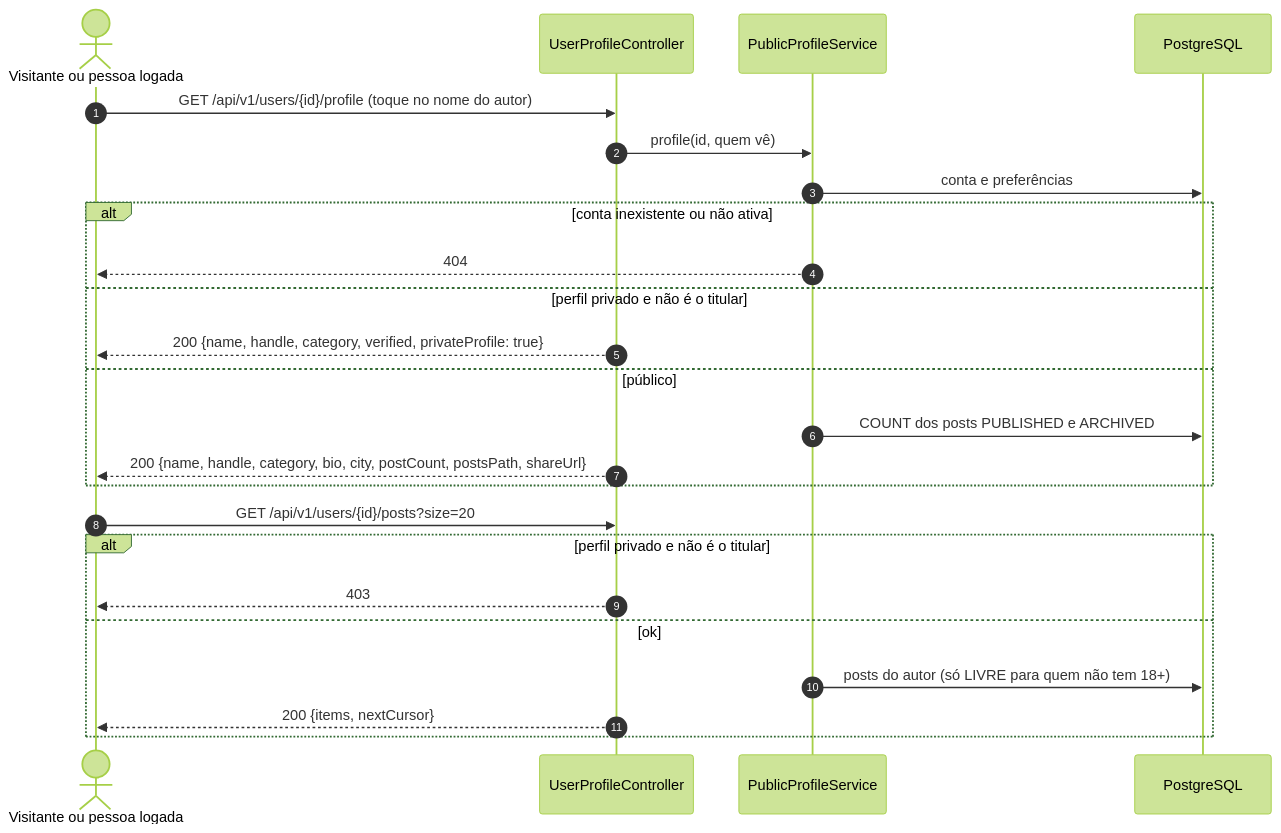
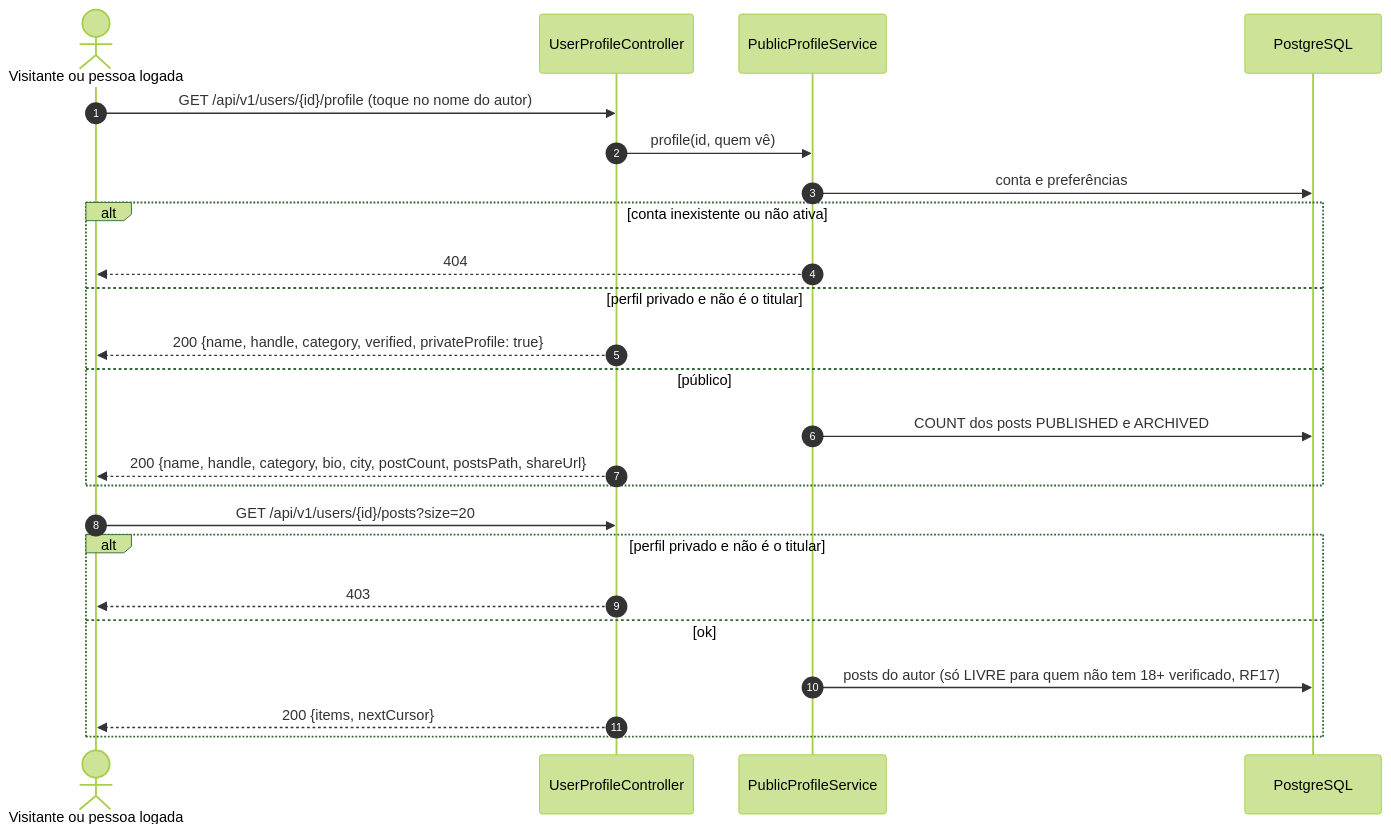
One commit to MatheusHaliski/Friendly-Eats changed the first of 2 diagrams in docs/RF15/sequencia.md. Above: the diagram before and after it, drawn with Mermaid (forest theme). The commit also changed 71 other files, not shown here.

````diff
--- a/docs/RF15/sequencia.md
+++ b/docs/RF15/sequencia.md
@@ -5,27 +5,27 @@
 ```mermaid
 sequenceDiagram
     autonumber
     actor V as Visitante ou pessoa logada
     participant API as UserProfileController
     participant S as PublicProfileService
     participant DB as PostgreSQL
 
     V->>API: GET /api/v1/users/{id}/profile (toque no nome do autor)
     API->>S: profile(id, quem vê)
     S->>DB: conta e preferências
     alt conta inexistente ou não ativa
         S-->>V: 404
     else perfil privado e não é o titular
         API-->>V: 200 {name, handle, category, verified, privateProfile: true}
     else público
         S->>DB: COUNT dos posts PUBLISHED e ARCHIVED
         API-->>V: 200 {name, handle, category, bio, city, postCount, postsPath, shareUrl}
     end
     V->>API: GET /api/v1/users/{id}/posts?size=20
     alt perfil privado e não é o titular
         API-->>V: 403
     else ok
-        S->>DB: posts do autor (só LIVRE para quem não tem 18+)
+        S->>DB: posts do autor (só LIVRE para quem não tem 18+ verificado, RF17)
         API-->>V: 200 {items, nextCursor}
     end
 ```
````
